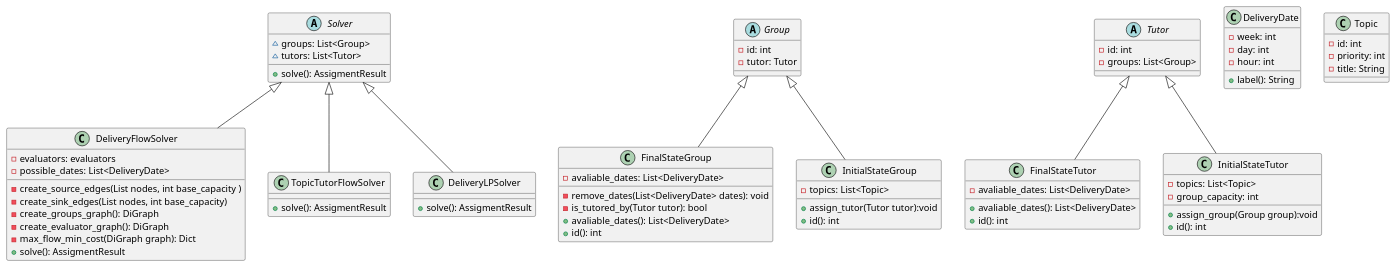
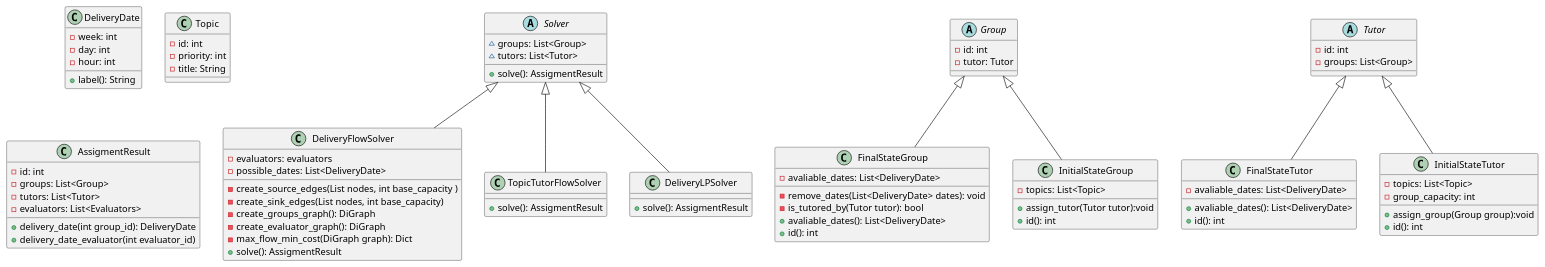
Before and after one commit to trabajo-profesional-fiuba/.github: the diagram in profile/possible_design.md, drawn with PlantUML. The commit also changed other lines of this file, not shown here.

````diff
--- a/profile/possible_design.md
+++ b/profile/possible_design.md
@@ -86,5 +86,15 @@
 - title: String
 }
 
+class AssigmentResult{
+- id: int
+- groups: List<Group>
+- tutors: List<Tutor>
+- evaluators: List<Evaluators>
+
++ delivery_date(int group_id): DeliveryDate
++ delivery_date_evaluator(int evaluator_id)
+}
+
 @enduml
 ```
````
